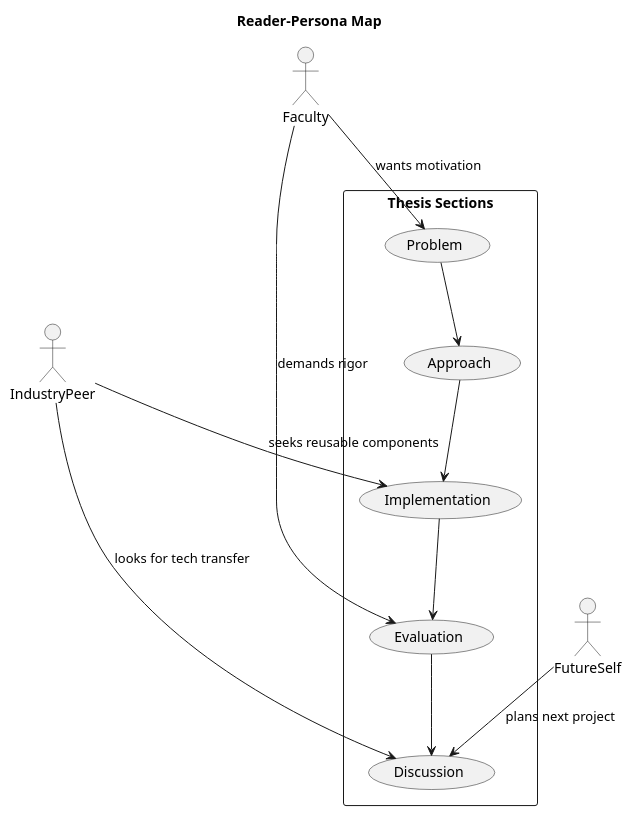
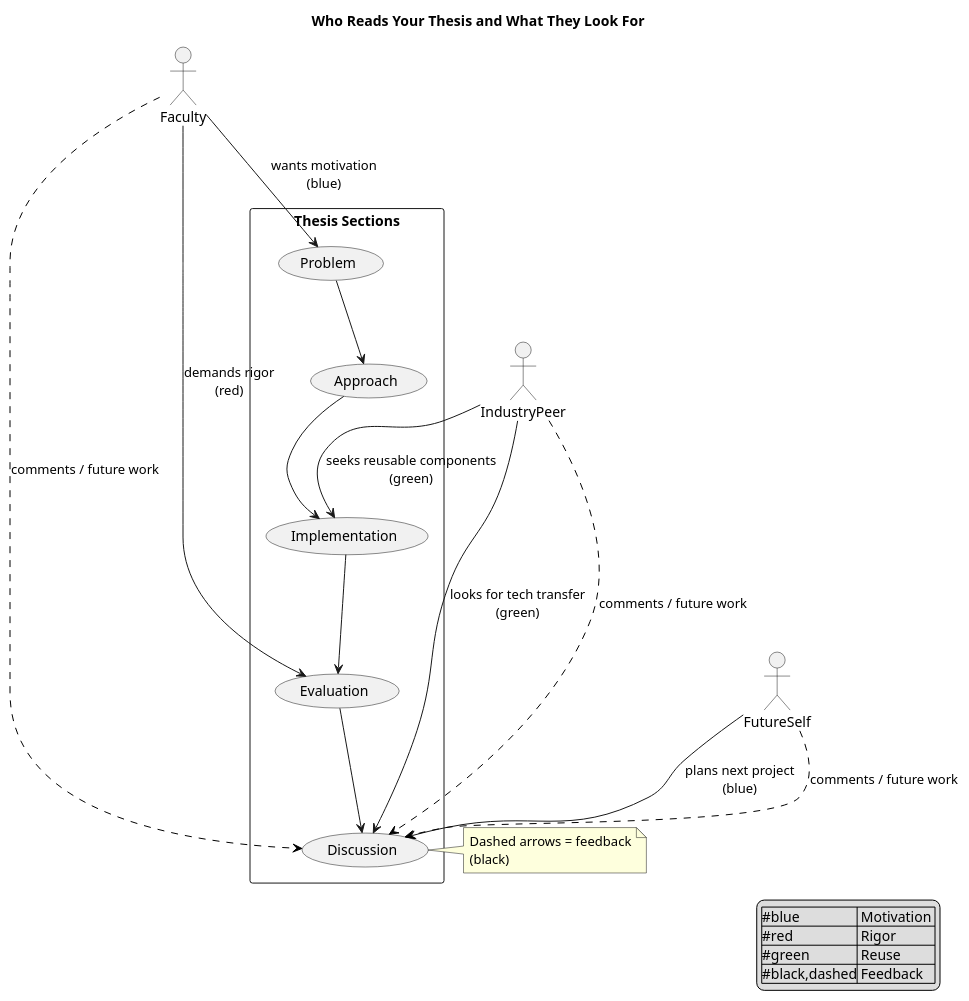
One commit to InquiryInstitute/AIPA changed the second of 2 diagrams in aipa/llm-elevated/ch12-lecture-06.adoc. Above: the diagram before and after it, drawn with PlantUML. The commit also changed other lines of this file and 128 other files, not shown here.

```diff
--- a/aipa/llm-elevated/ch12-lecture-06.adoc
+++ b/aipa/llm-elevated/ch12-lecture-06.adoc
@@ -118,20 +143,30 @@
 [plantuml,ch12-l07-reader-map,png,theme=sketchy-outline]
 ....
 @startuml
-title Reader‑Persona Map
+title Who Reads Your Thesis and What They Look For
 actor Faculty as F
 actor IndustryPeer as I
 actor FutureSelf as S
 rectangle "Thesis Sections" {
   (Problem) --> (Approach)
   (Approach) --> (Implementation)
   (Implementation) --> (Evaluation)
   (Evaluation) --> (Discussion)
 }
-F --> (Problem) : wants motivation
-F --> (Evaluation) : demands rigor
-I --> (Implementation) : seeks reusable components
-I --> (Discussion) : looks for tech transfer
-S --> (Discussion) : plans next project
+F --> (Problem) : wants motivation\n(blue)
+F --> (Evaluation) : demands rigor\n(red)
+I --> (Implementation) : seeks reusable components\n(green)
+I --> (Discussion) : looks for tech transfer\n(green)
+S --> (Discussion) : plans next project\n(blue)
+note right of (Discussion) : Dashed arrows = feedback\n(black)
+F -[#black,dashed]-> (Discussion) : comments / future work
+I -[#black,dashed]-> (Discussion) : comments / future work
+S -[#black,dashed]-> (Discussion) : comments / future work
+legend right
+  |#blue| Motivation |
+  |#red| Rigor |
+  |#green| Reuse |
+  |#black,dashed| Feedback |
+endlegend
 @enduml
 ....
```
